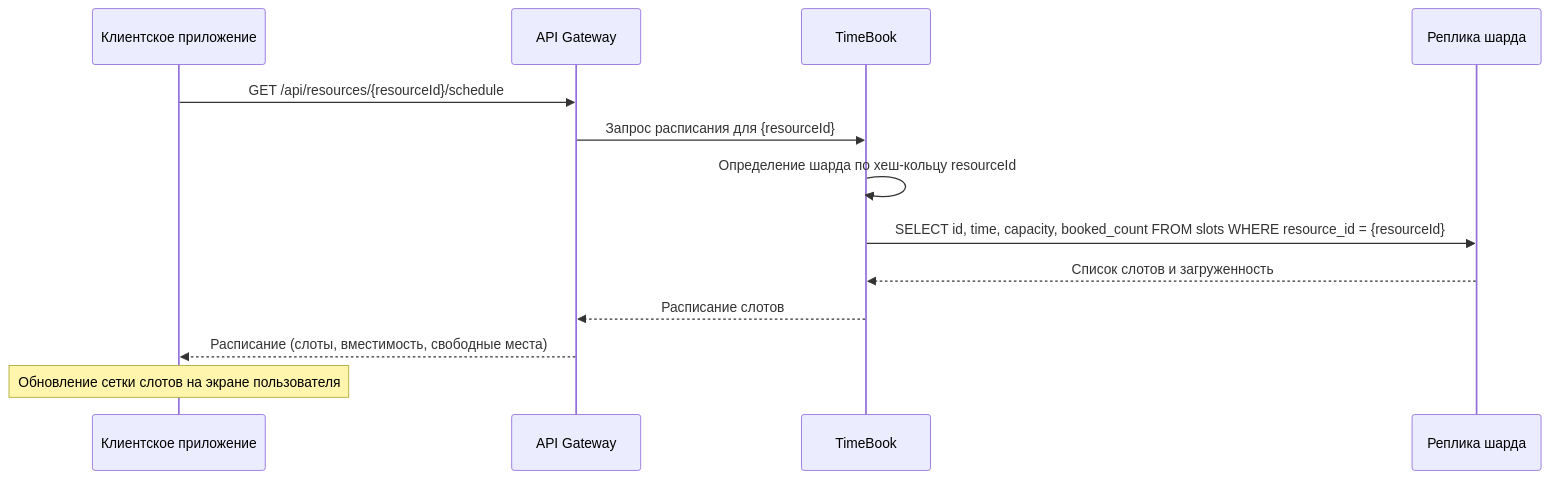
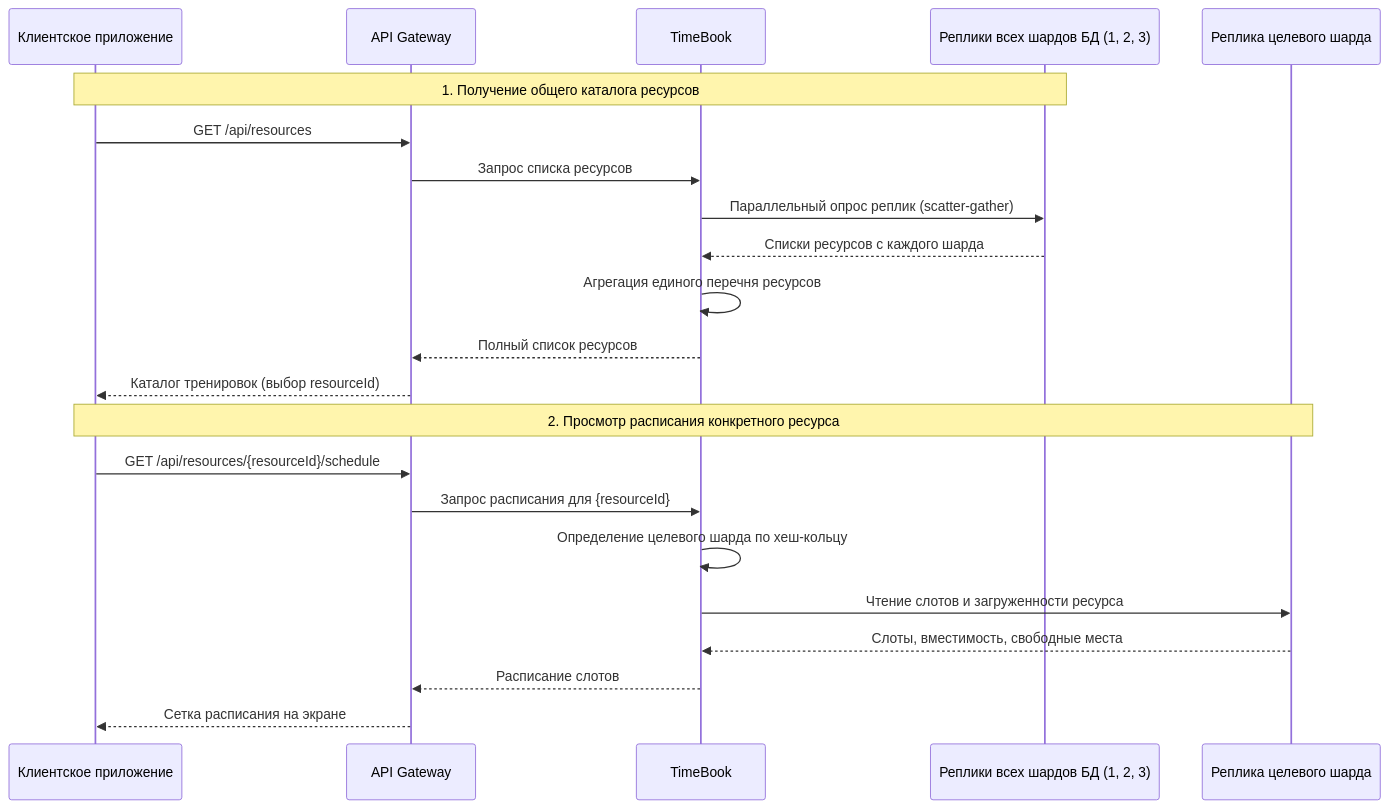
Before and after one commit to spbu-ds-practicum-2026/4positions: the fourth of 7 diagrams in docs/tr.md, drawn with Mermaid. The commit also changed other lines of this file, not shown here.

````diff
--- a/docs/tr.md
+++ b/docs/tr.md
@@ -259,16 +258,26 @@
 ```mermaid
 sequenceDiagram
   participant Client as Клиентское приложение
   participant APIGateway as API Gateway
   participant TimeBook as TimeBook
-  participant Replica as Реплика шарда
+  participant Replicas as Реплики всех шардов БД (1, 2, 3)
+  participant TargetReplica as Реплика целевого шарда
 
+  Note over Client,Replicas: 1. Получение общего каталога ресурсов
+  Client->>APIGateway: GET /api/resources
+  APIGateway->>TimeBook: Запрос списка ресурсов
+  TimeBook->>Replicas: Параллельный опрос реплик (scatter-gather)
+  Replicas-->>TimeBook: Списки ресурсов с каждого шарда
+  TimeBook->>TimeBook: Агрегация единого перечня ресурсов
+  TimeBook-->>APIGateway: Полный список ресурсов
+  APIGateway-->>Client: Каталог тренировок (выбор resourceId)
+
+  Note over Client,TargetReplica: 2. Просмотр расписания конкретного ресурса
   Client->>APIGateway: GET /api/resources/{resourceId}/schedule
   APIGateway->>TimeBook: Запрос расписания для {resourceId}
-  TimeBook->>TimeBook: Определение шарда по хеш-кольцу resourceId
-  TimeBook->>Replica: SELECT id, time, capacity, booked_count FROM slots WHERE resource_id = {resourceId}
-  Replica-->>TimeBook: Список слотов и загруженность
+  TimeBook->>TimeBook: Определение целевого шарда по хеш-кольцу
+  TimeBook->>TargetReplica: Чтение слотов и загруженности ресурса
+  TargetReplica-->>TimeBook: Слоты, вместимость, свободные места
   TimeBook-->>APIGateway: Расписание слотов
-  APIGateway-->>Client: Расписание (слоты, вместимость, свободные места)
-  Note over Client: Обновление сетки слотов на экране пользователя
+  APIGateway-->>Client: Сетка расписания на экране
 ```
````
